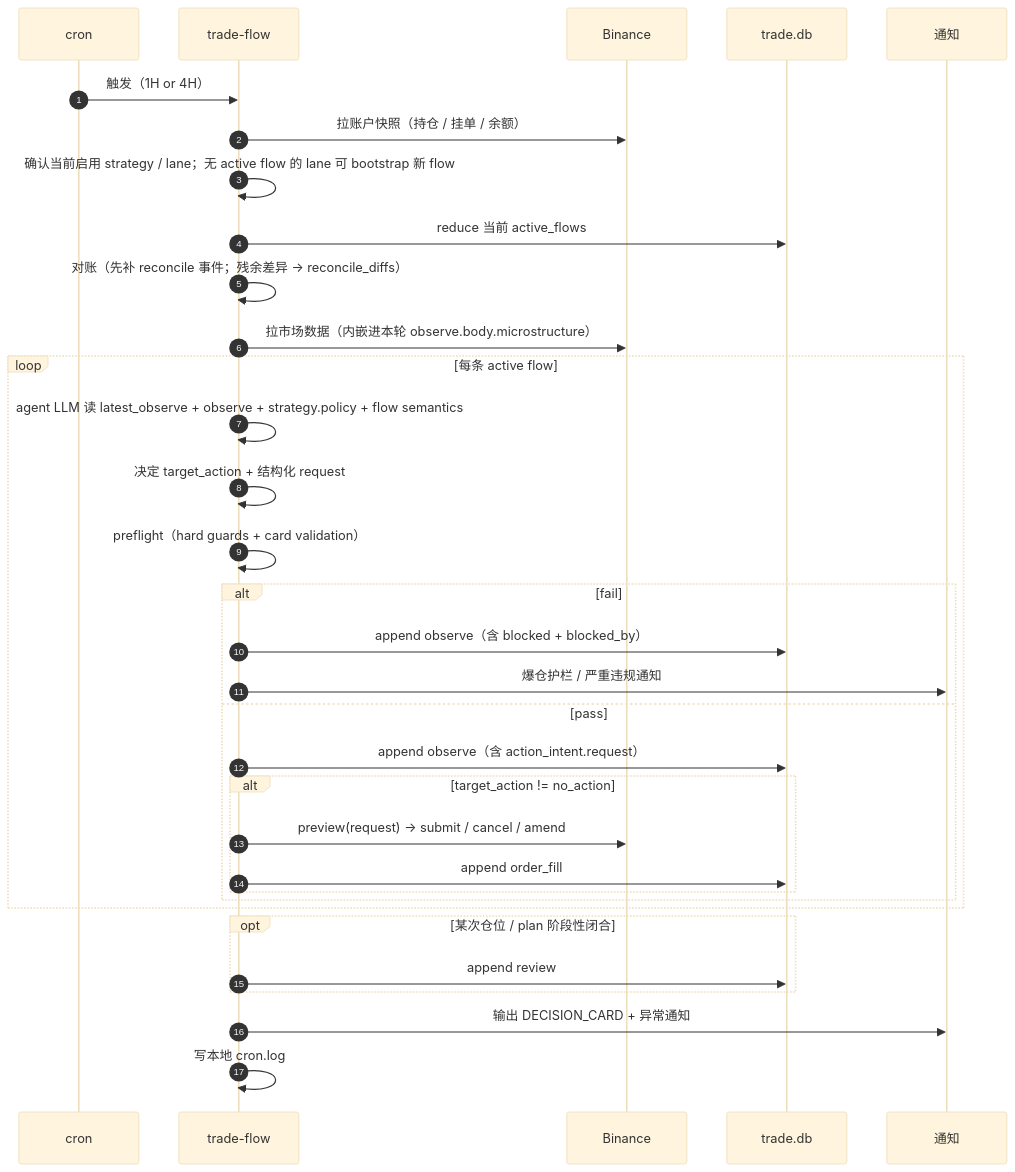
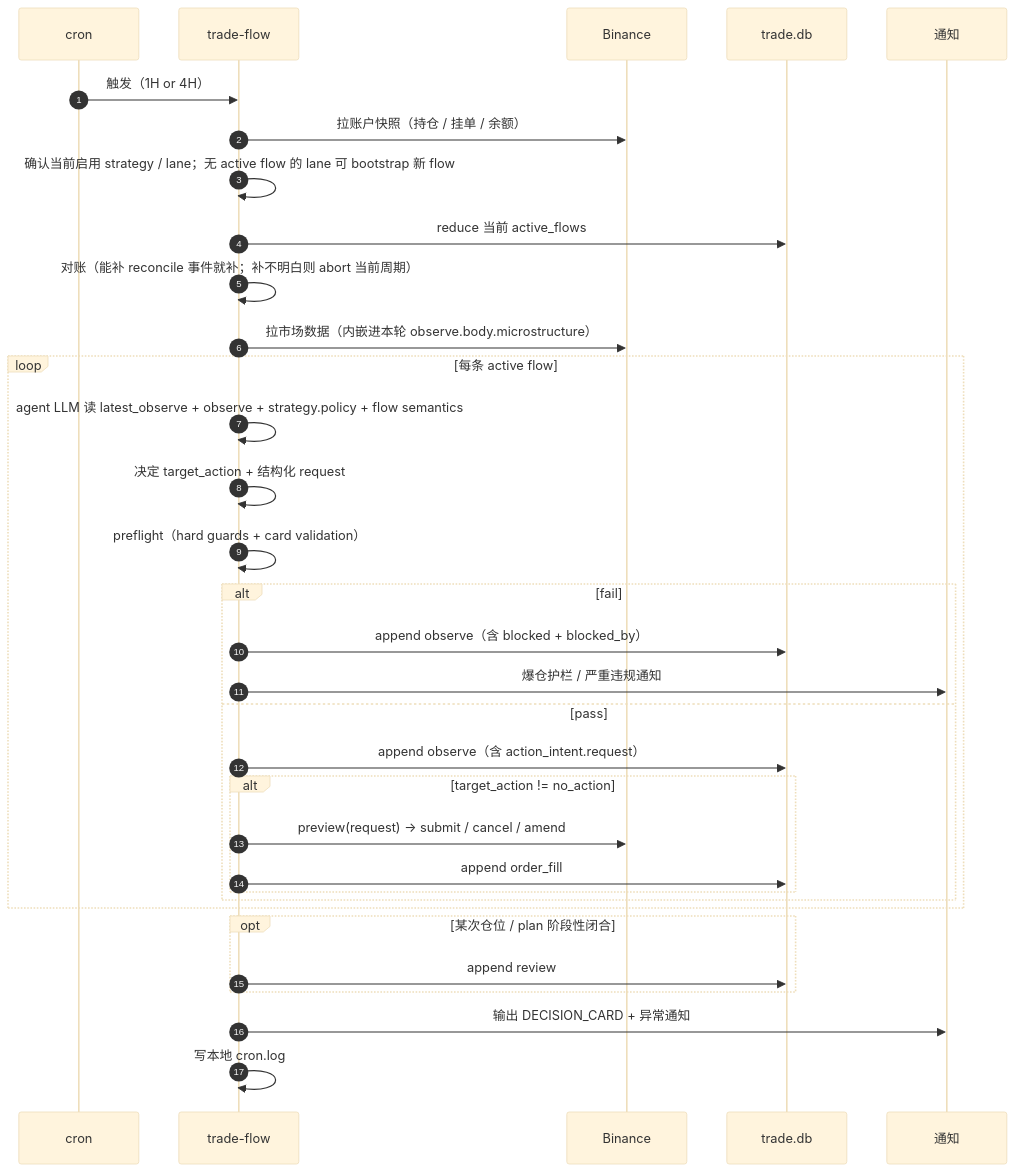
The diagram in docs/design-architecture.md (qOeOp/trade), drawn with Mermaid (base theme) before and after one commit. The commit also changed other lines of this file and 3 other files, not shown here.

````diff
--- a/docs/design-architecture.md
+++ b/docs/design-architecture.md
@@ -302,39 +281,39 @@
 ```mermaid
 sequenceDiagram
     autonumber
     participant C as cron
     participant TF as trade-flow
     participant BN as Binance
     participant DB as trade.db
     participant N as 通知
 
     C->>TF: 触发（1H or 4H）
     TF->>BN: 拉账户快照（持仓 / 挂单 / 余额）
     TF->>TF: 确认当前启用 strategy / lane；无 active flow 的 lane 可 bootstrap 新 flow
     TF->>DB: reduce 当前 active_flows
-    TF->>TF: 对账（先补 reconcile 事件；残余差异 → reconcile_diffs）
+    TF->>TF: 对账（能补 reconcile 事件就补；补不明白则 abort 当前周期）
     TF->>BN: 拉市场数据（内嵌进本轮 observe.body.microstructure）
 
     loop 每条 active flow
         TF->>TF: agent LLM 读 latest_observe + observe + strategy.policy + flow semantics
         TF->>TF: 决定 target_action + 结构化 request
         TF->>TF: preflight（hard guards + card validation）
         alt fail
             TF->>DB: append observe（含 blocked + blocked_by）
             TF->>N: 爆仓护栏 / 严重违规通知
         else pass
             TF->>DB: append observe（含 action_intent.request）
             alt target_action != no_action
                 TF->>BN: preview(request) → submit / cancel / amend
                 TF->>DB: append order_fill
             end
         end
     end
 
     opt 某次仓位 / plan 阶段性闭合
         TF->>DB: append review
     end
 
     TF->>N: 输出 DECISION_CARD + 异常通知
     TF->>TF: 写本地 cron.log
 ```
````
